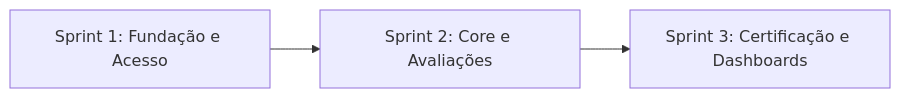
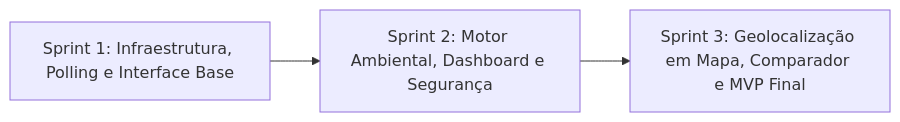
Before and after one commit to pentascripts-organization/EcoByteMetrics: the second of 2 diagrams in README.md, drawn with Mermaid.

Commit message:
Update sprint planning diagram in README

````diff
--- a/README.md
+++ b/README.md
@@ -198,5 +198,5 @@
 ```mermaid
 graph LR
-    S1[Sprint 1: Fundação e Acesso] --> S2[Sprint 2: Core e Avaliações]
-    S2 --> S3[Sprint 3: Certificação e Dashboards]
+	S1[Sprint 1: Infraestrutura, Polling e Interface Base] --> S2[Sprint 2: Motor Ambiental, Dashboard e Segurança]
+	S2 --> S3[Sprint 3: Geolocalização em Mapa, Comparador e MVP Final]
 ```
````
